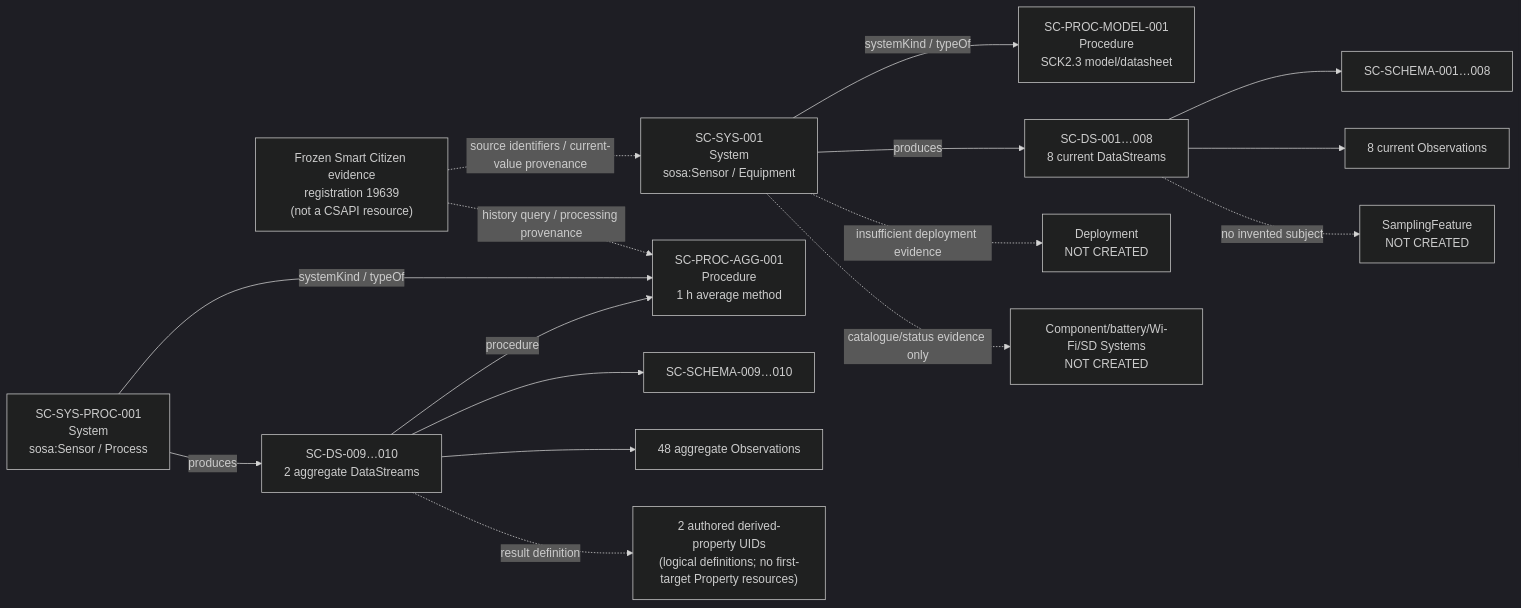
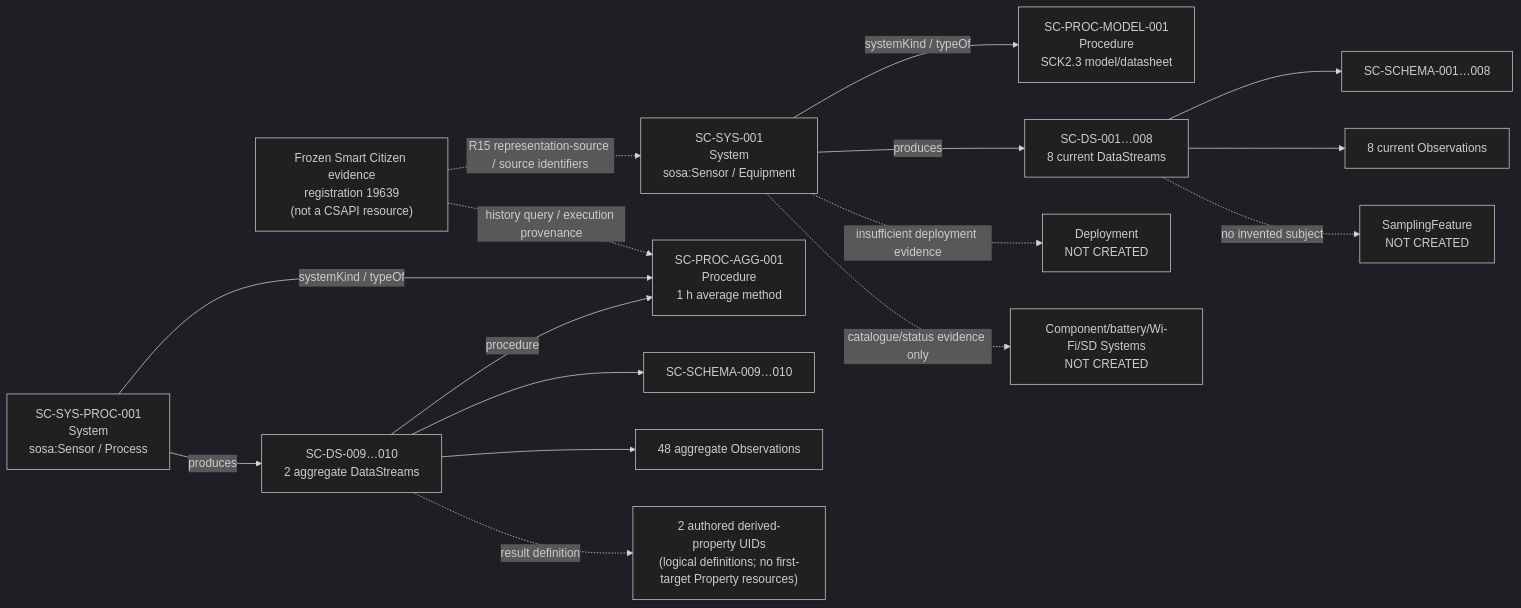
One commit to OS4CSAPI/glaux-client changed the diagram in Docs/Research/Studies/Smart_Citizen/Workbook/03_CSAPI_RESOURCE_GRAPH.md. Above: the diagram before and after it, drawn with Mermaid (dark theme). The commit also changed other lines of this file and 5 other files, not shown here.

````diff
--- a/Docs/Research/Studies/Smart_Citizen/Workbook/03_CSAPI_RESOURCE_GRAPH.md
+++ b/Docs/Research/Studies/Smart_Citizen/Workbook/03_CSAPI_RESOURCE_GRAPH.md
@@ -255,44 +259,44 @@
 ```mermaid
 flowchart LR
     SRC["Frozen Smart Citizen evidence<br/>registration 19639<br/>(not a CSAPI resource)"]
 
     MODEL["SC-PROC-MODEL-001<br/>Procedure<br/>SCK2.3 model/datasheet"]
     SCK["SC-SYS-001<br/>System<br/>sosa:Sensor / Equipment"]
 
     AGGP["SC-PROC-AGG-001<br/>Procedure<br/>1 h average method"]
     AGGS["SC-SYS-PROC-001<br/>System<br/>sosa:Sensor / Process"]
 
     CUR["SC-DS-001…008<br/>8 current DataStreams"]
     AGG["SC-DS-009…010<br/>2 aggregate DataStreams"]
 
     CURSCH["SC-SCHEMA-001…008"]
     AGGSCH["SC-SCHEMA-009…010"]
 
     CUROBS["8 current Observations"]
     AGGOBS["48 aggregate Observations"]
 
     PROP["2 authored derived-property UIDs<br/>(logical definitions; no first-target Property resources)"]
 
     SCK -->|"systemKind / typeOf"| MODEL
     SCK -->|"produces"| CUR
     CUR --> CURSCH
     CUR --> CUROBS
 
     AGGS -->|"systemKind / typeOf"| AGGP
     AGGS -->|"produces"| AGG
     AGG -->|"procedure"| AGGP
     AGG --> AGGSCH
     AGG --> AGGOBS
     AGG -. "result definition" .-> PROP
 
-    SRC -. "source identifiers / current-value provenance" .-> SCK
-    SRC -. "history query / processing provenance" .-> AGGP
+    SRC -. "R15 representation-source / source identifiers" .-> SCK
+    SRC -. "history query / execution provenance" .-> AGGP
 
     SF["SamplingFeature<br/>NOT CREATED"]
     DEP["Deployment<br/>NOT CREATED"]
     COMP["Component/battery/Wi-Fi/SD Systems<br/>NOT CREATED"]
 
     CUR -. "no invented subject" .-> SF
     SCK -. "insufficient deployment evidence" .-> DEP
     SCK -. "catalogue/status evidence only" .-> COMP
 ```
````
